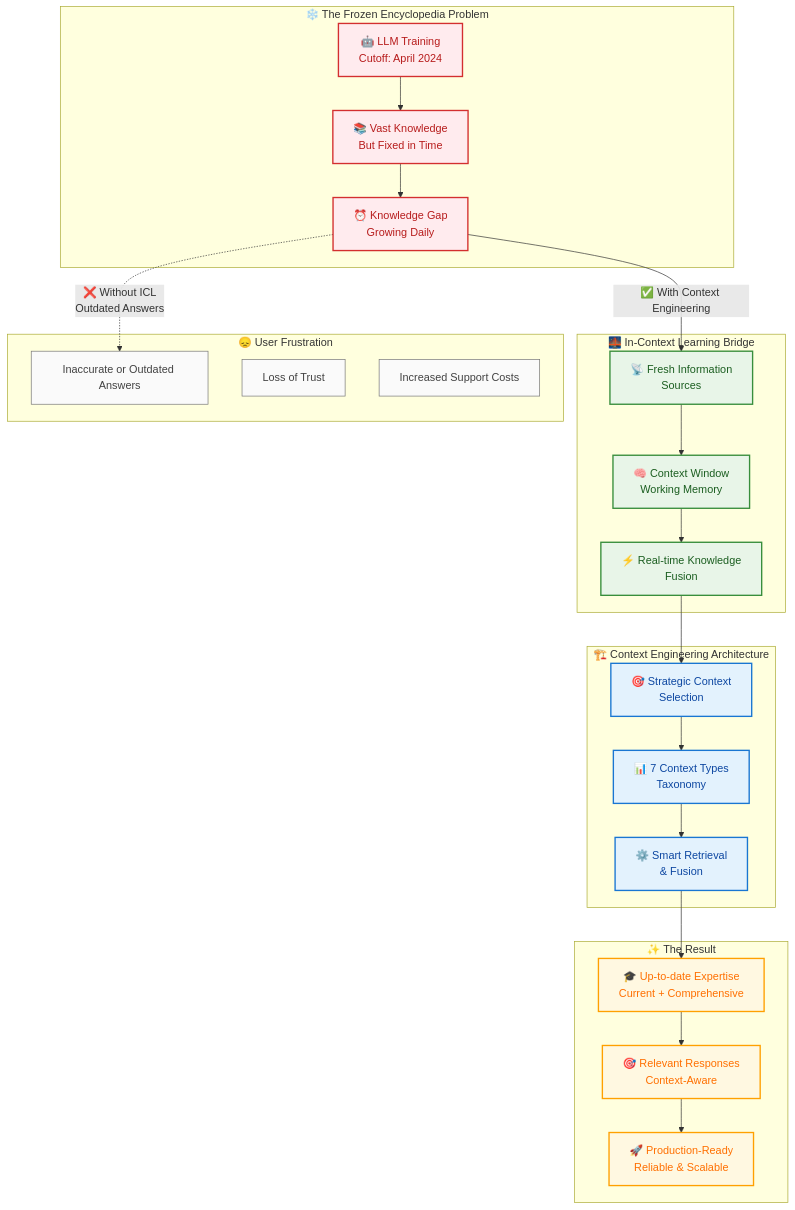
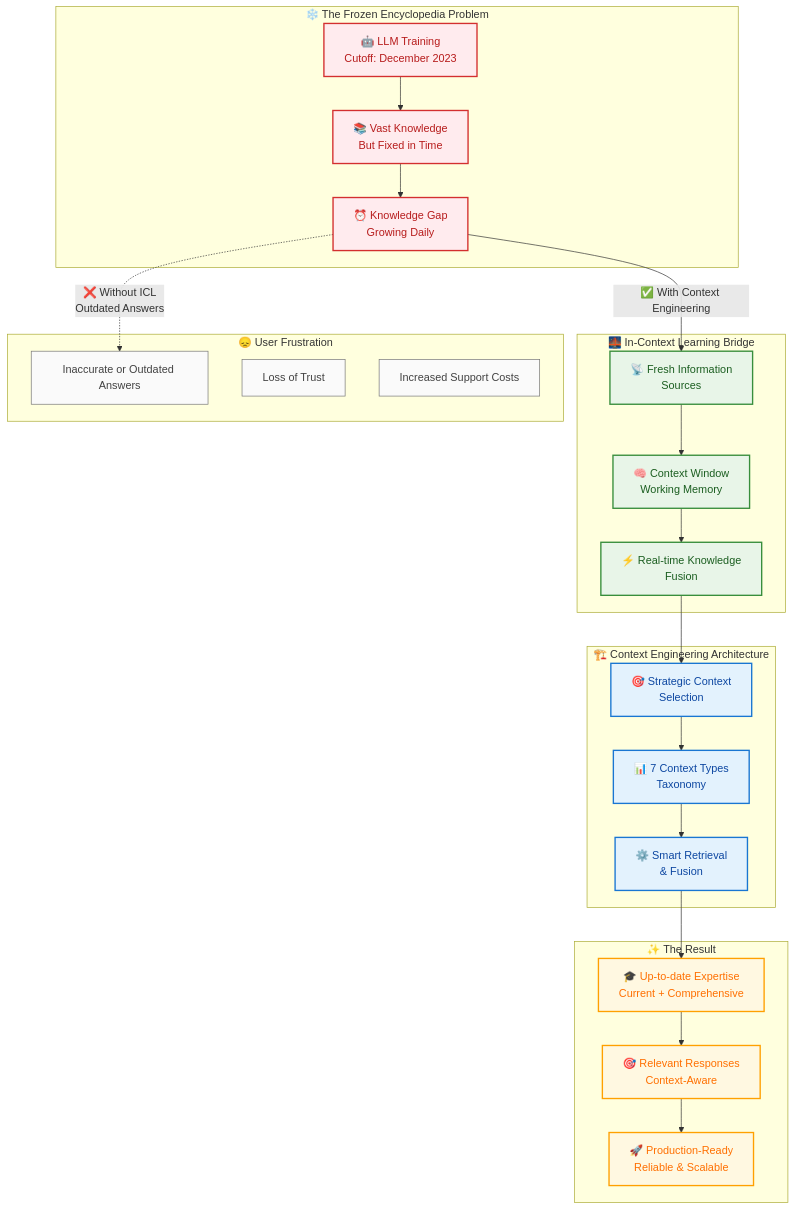
One commit to raphaelmansuy/tutorials changed the third of 13 diagrams in 32_context_engineering/03_what_is_context_engineering.md. Above: the diagram before and after it, drawn with Mermaid. The commit also changed other lines of this file, not shown here.

Commit message:
Update Chapter 3 of Context Engineering tutorial: correct publication date to December 2024, reorganize Table of Contents, and enhance flowchart for improved clarity and context representation.

````diff
--- a/32_context_engineering/03_what_is_context_engineering.md
+++ b/32_context_engineering/03_what_is_context_engineering.md
@@ -196,62 +213,62 @@
 ```mermaid
 flowchart TD
     subgraph "❄️ The Frozen Encyclopedia Problem"
-        A[🤖 LLM Training<br/>Cutoff: April 2024]
+        A[🤖 LLM Training<br/>Cutoff: December 2023]
         B[📚 Vast Knowledge<br/>But Fixed in Time]
         C[⏰ Knowledge Gap<br/>Growing Daily]
         
         A --> B
         B --> C
     end
     
     subgraph "🌉 In-Context Learning Bridge"
         D[📡 Fresh Information<br/>Sources]
         E[🧠 Context Window<br/>Working Memory]
         F[⚡ Real-time Knowledge<br/>Fusion]
         
         D --> E
         E --> F
     end
     
     subgraph "🏗️ Context Engineering Architecture"
         G[🎯 Strategic Context<br/>Selection]
         H[📊 7 Context Types<br/>Taxonomy]
         I[⚙️ Smart Retrieval<br/>& Fusion]
         
         G --> H
         H --> I
     end
     
     subgraph "✨ The Result"
         J[🎓 Up-to-date Expertise<br/>Current + Comprehensive]
         K[🎯 Relevant Responses<br/>Context-Aware]
         L[🚀 Production-Ready<br/>Reliable & Scalable]
         
         J --> K
         K --> L
     end
     
     subgraph "😞 User Frustration"
         M[Inaccurate or Outdated Answers]
         N[Loss of Trust]
         O[Increased Support Costs]
     end
     
     C -.->|"❌ Without ICL<br/>Outdated Answers"| M
     
     C -->|"✅ With Context Engineering"| D
     F --> G
     I --> J
     
     classDef problem fill:#ffebee,stroke:#d32f2f,stroke-width:2px,color:#b71c1c
     classDef bridge fill:#e8f5e8,stroke:#388e3c,stroke-width:2px,color:#1b5e20
     classDef solution fill:#e3f2fd,stroke:#1976d2,stroke-width:2px,color:#0d47a1
     classDef result fill:#fff8e1,stroke:#ffa000,stroke-width:2px,color:#ff6f00
     classDef failure fill:#fafafa,stroke:#757575,stroke-width:1px,color:#424242
     
     class A,B,C problem
     class D,E,F bridge
     class G,H,I solution
     class J,K,L result
     class M,N,O failure
 ```
````
